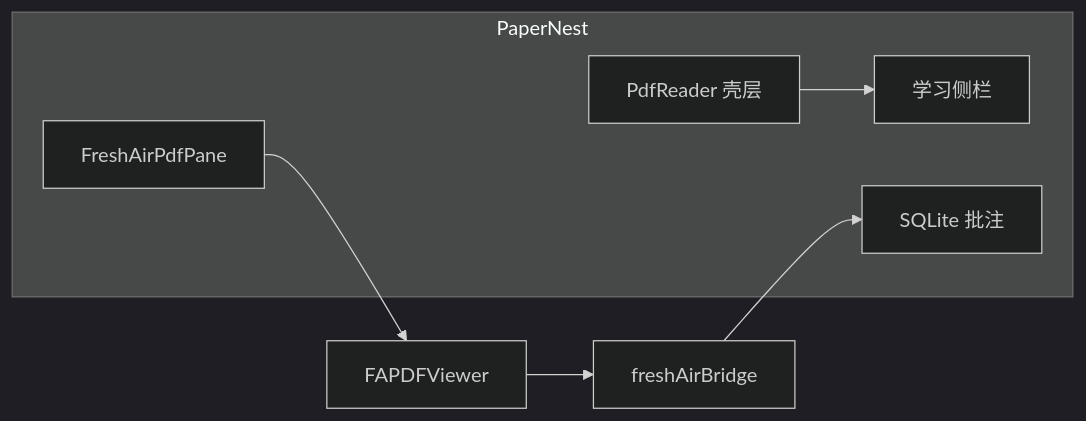
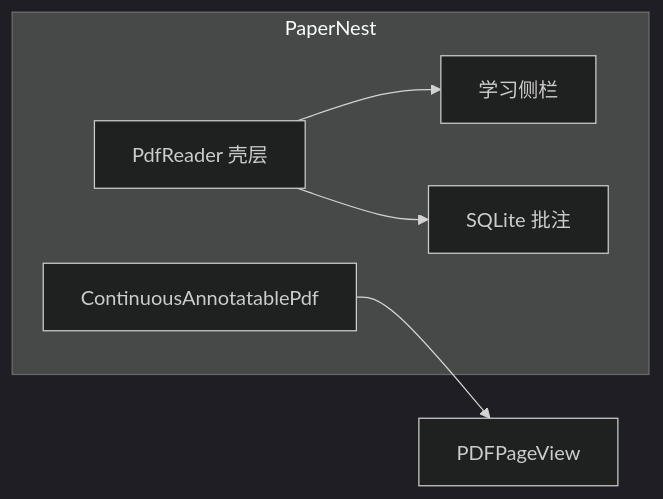
The third of 3 diagrams in README.md (naipings/PaperNest), drawn with Mermaid (dark theme) before and after one commit. The commit also changed other lines of this file and 55 other files, not shown here.

````diff
--- a/README.md
+++ b/README.md
@@ -94,13 +96,12 @@
 ```mermaid
 flowchart LR
   subgraph PaperNest
     PdfReader["PdfReader 壳层"]
-    FreshAirPdfPane["FreshAirPdfPane"]
+    ContinuousPdf["ContinuousAnnotatablePdf"]
     StudySidebar["学习侧栏"]
     SQLite["SQLite 批注"]
   end
-  FreshAirPdfPane --> FAPDFViewer["FAPDFViewer"]
-  FAPDFViewer --> freshAirBridge["freshAirBridge"]
-  freshAirBridge --> SQLite
+  ContinuousPdf --> PDFPageView["PDFPageView"]
+  PdfReader --> SQLite
   PdfReader --> StudySidebar
 ```
````
